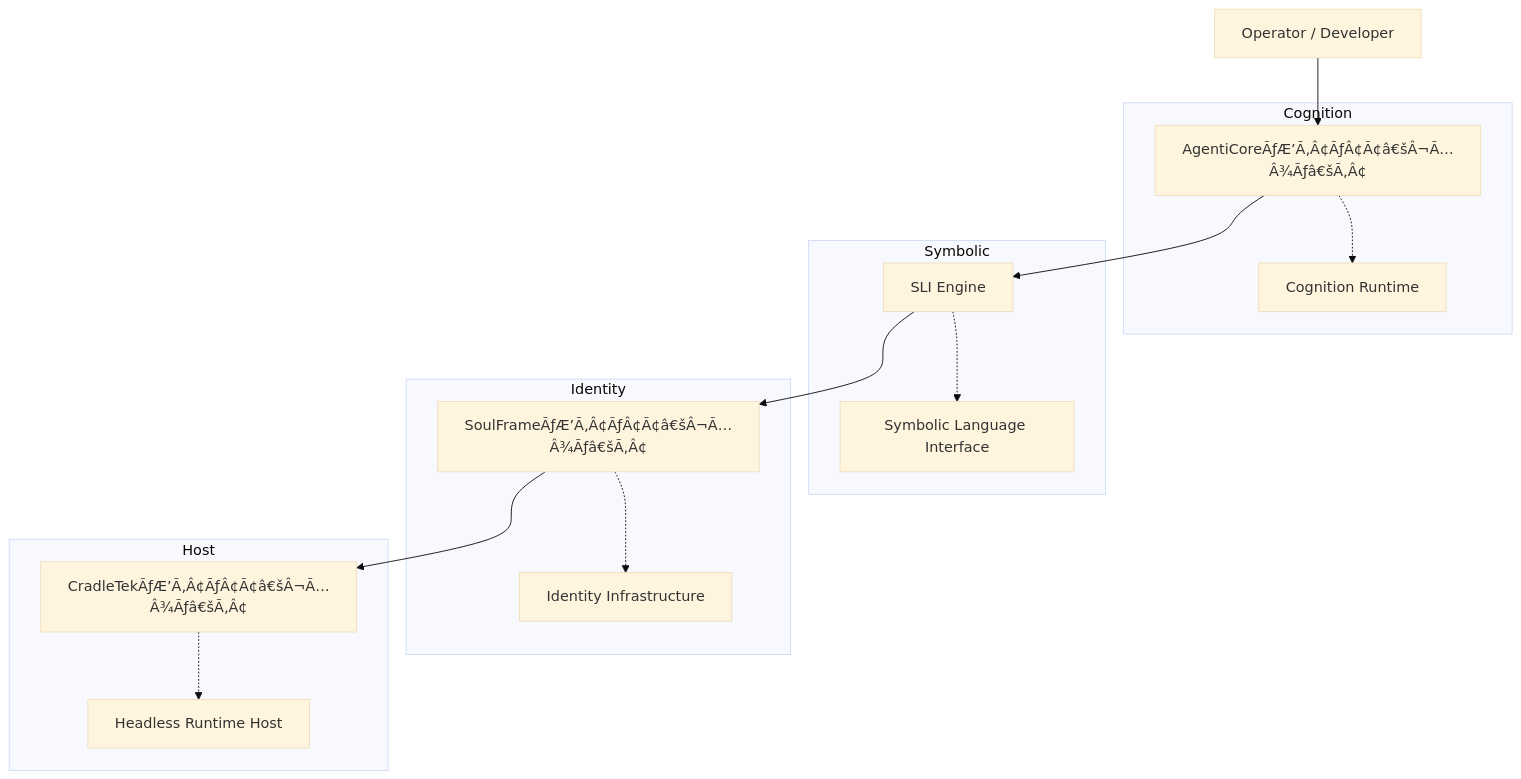
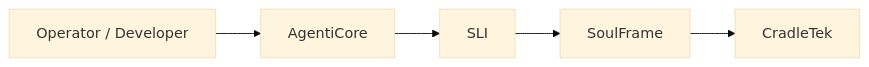
The diagram in README.md (Lucid-Studios/Oan-Tech-Stack), drawn with Mermaid (base theme) before and after one commit. The commit also changed other lines of this file, not shown here.

````diff
--- a/README.md
+++ b/README.md
@@ -23,30 +36,10 @@
 ```mermaid
-flowchart TB
+flowchart LR
   OP["Operator / Developer"]
-
-  subgraph "Cognition"
-    AC["AgentiCoreÃƒÆ’Ã‚Â¢ÃƒÂ¢Ã¢â€šÂ¬Ã…Â¾Ãƒâ€šÃ‚Â¢"]
-    ACd["Cognition Runtime"]
-    AC -.-> ACd
-  end
-
-  subgraph "Symbolic"
-    SLI["SLI Engine"]
-    SLId["Symbolic Language Interface"]
-    SLI -.-> SLId
-  end
-
-  subgraph "Identity"
-    SF["SoulFrameÃƒÆ’Ã‚Â¢ÃƒÂ¢Ã¢â€šÂ¬Ã…Â¾Ãƒâ€šÃ‚Â¢"]
-    SFd["Identity Infrastructure"]
-    SF -.-> SFd
-  end
-
-  subgraph "Host"
-    CT["CradleTekÃƒÆ’Ã‚Â¢ÃƒÂ¢Ã¢â€šÂ¬Ã…Â¾Ãƒâ€šÃ‚Â¢"]
-    CTd["Headless Runtime Host"]
-    CT -.-> CTd
-  end
+  AC["AgentiCore"]
+  SLI["SLI"]
+  SF["SoulFrame"]
+  CT["CradleTek"]
 
   OP --> AC --> SLI --> SF --> CT
 ```
````
